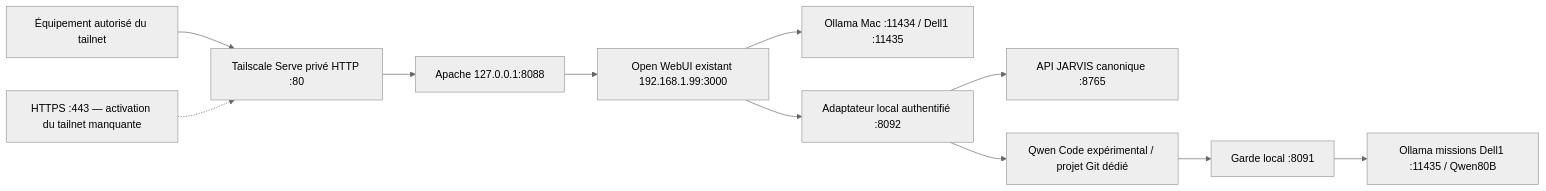
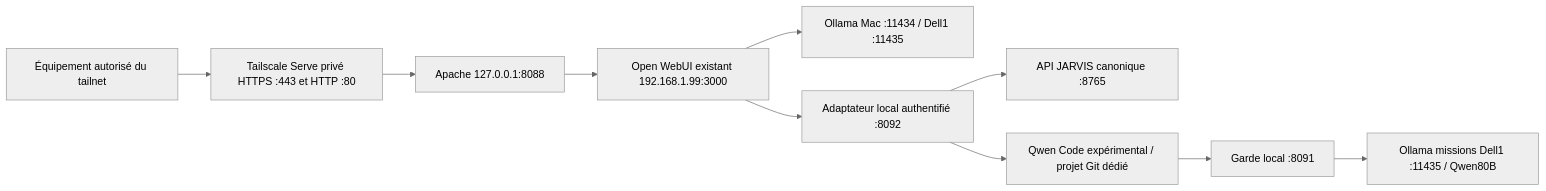
One commit to regisazzoun/JARVIS-Local-AI-Lab changed the diagram in docs/missions/QWEN-WEBUI/ARCHITECTURE.md. Above: the diagram before and after it, drawn with Mermaid (neutral theme). The commit also changed other lines of this file and 7 other files, not shown here.

Commit message:
docs: receive tailnet HTTPS with independent TLS and browser evidence

````diff
--- a/docs/missions/QWEN-WEBUI/ARCHITECTURE.md
+++ b/docs/missions/QWEN-WEBUI/ARCHITECTURE.md
@@ -3,13 +3,12 @@
 ```mermaid
 flowchart LR
-  U[Équipement autorisé du tailnet] --> T[Tailscale Serve privé HTTP :80]
-  H[HTTPS :443 — activation du tailnet manquante] -.-> T
+  U[Équipement autorisé du tailnet] --> T[Tailscale Serve privé HTTPS :443 et HTTP :80]
   T --> A[Apache 127.0.0.1:8088]
   A --> W[Open WebUI existant 192.168.1.99:3000]
   W --> O[Ollama Mac :11434 / Dell1 :11435]
   W --> X[Adaptateur local authentifié :8092]
   X --> J[API JARVIS canonique :8765]
   X --> Q[Qwen Code expérimental / projet Git dédié]
   Q --> G[Garde local :8091]
   G --> D[Ollama missions Dell1 :11435 / Qwen80B]
 ```
````
